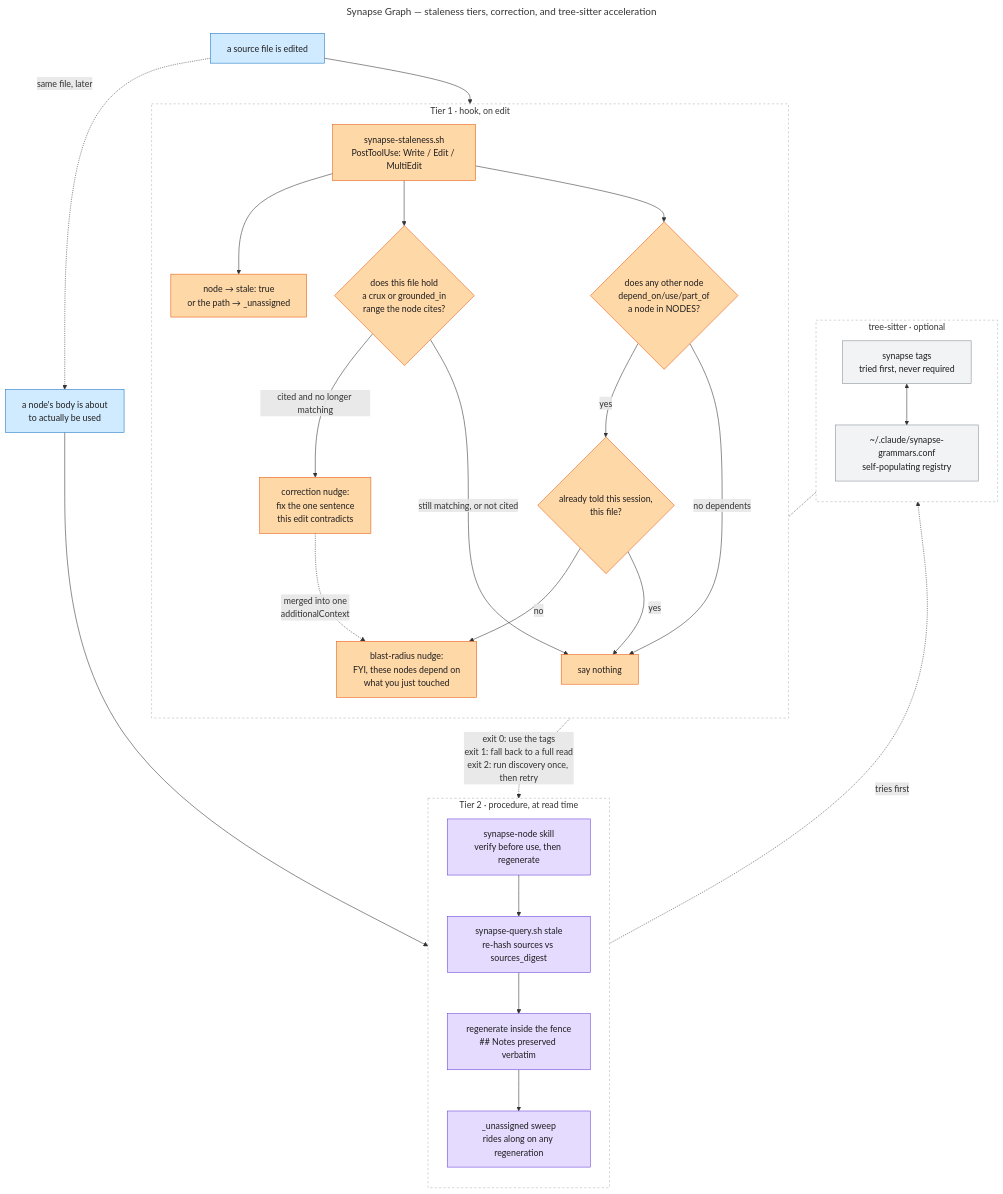
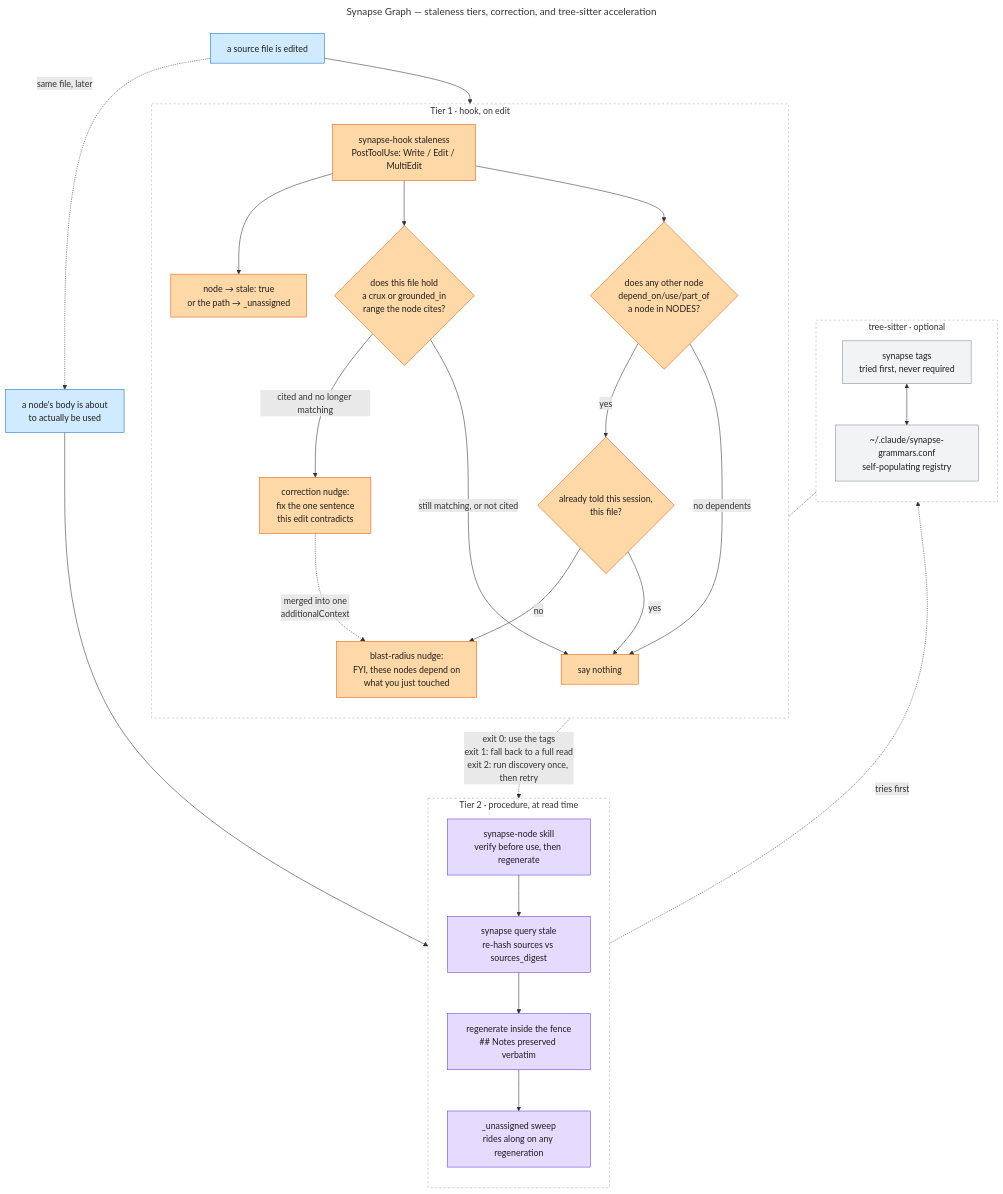
The diagram in docs/diagrams/synapse-graph-tiers.mmd (imunitic/synapse), drawn with Mermaid before and after one commit. The commit also changed 76 other files, not shown here.

```diff
--- a/docs/diagrams/synapse-graph-tiers.mmd
+++ b/docs/diagrams/synapse-graph-tiers.mmd
@@ -1,65 +1,65 @@
 ---
 title: Synapse Graph — staleness tiers, correction, and tree-sitter acceleration
 ---
 flowchart TB
     classDef trigger fill:#d0ebff,stroke:#1971c2,color:#1e1e1e
     classDef hook fill:#ffd8a8,stroke:#e8590c,color:#1e1e1e
     classDef skill fill:#e5dbff,stroke:#6741d9,color:#1e1e1e
     classDef artifact fill:#d3f9d8,stroke:#2f9e44,color:#1e1e1e
     classDef optional fill:#f1f3f5,stroke:#868e96,color:#1e1e1e
 
     EDIT["a source file is edited"]
     READ["a node's body is about<br/>to actually be used"]
 
     subgraph T1["Tier 1 · hook, on edit"]
         direction TB
-        H["synapse-staleness.sh<br/>PostToolUse: Write / Edit / MultiEdit"]
+        H["synapse-hook staleness<br/>PostToolUse: Write / Edit / MultiEdit"]
         FLAG["node → stale: true<br/>or the path → _unassigned"]
         CITED{"does this file hold<br/>a crux or grounded_in<br/>range the node cites?"}
         NUDGE["correction nudge:<br/>fix the one sentence<br/>this edit contradicts"]
         DEPS{"does any other node<br/>depend_on/use/part_of<br/>a node in NODES?"}
         SEEN{"already told this session,<br/>this file?"}
         BLAST["blast-radius nudge:<br/>FYI, these nodes depend on<br/>what you just touched"]
         H --> FLAG
         H --> CITED
         H --> DEPS
         CITED -->|"cited and no longer matching"| NUDGE
         CITED -->|"still matching, or not cited"| SILENT["say nothing"]
         DEPS -->|"yes"| SEEN
         DEPS -->|"no dependents"| SILENT
         SEEN -->|"no"| BLAST
         SEEN -->|"yes"| SILENT
         NUDGE -.->|"merged into one<br/>additionalContext"| BLAST
     end
 
     subgraph T2["Tier 2 · procedure, at read time"]
         direction TB
         SK["synapse-node skill<br/>verify before use, then regenerate"]
-        VERIFY["synapse-query.sh stale<br/>re-hash sources vs sources_digest"]
+        VERIFY["synapse query stale<br/>re-hash sources vs sources_digest"]
         REGEN["regenerate inside the fence<br/>## Notes preserved verbatim"]
         SWEEP["_unassigned sweep<br/>rides along on any regeneration"]
         SK --> VERIFY --> REGEN
         REGEN --> SWEEP
     end
 
     subgraph TS["tree-sitter · optional"]
         direction TB
         TAGS["synapse tags<br/>tried first, never required"]
         REG["~/.claude/synapse-grammars.conf<br/>self-populating registry"]
         TAGS <--> REG
     end
 
     EDIT --> H
     EDIT -.->|"same file, later"| READ
     READ --> SK
     REGEN -.->|"tries first"| TAGS
     TAGS -.->|"exit 0: use the tags<br/>exit 1: fall back to a full read<br/>exit 2: run discovery once, then retry"| REGEN
 
     class EDIT,READ trigger
     class H,FLAG,CITED,NUDGE,SILENT,DEPS,SEEN,BLAST hook
     class SK,VERIFY,REGEN,SWEEP skill
     class TAGS,REG optional
 
     style T1 fill:#ffffff,stroke:#adb5bd,stroke-dasharray:4 4
     style T2 fill:#ffffff,stroke:#adb5bd,stroke-dasharray:4 4
     style TS fill:#ffffff,stroke:#adb5bd,stroke-dasharray:4 4
```
